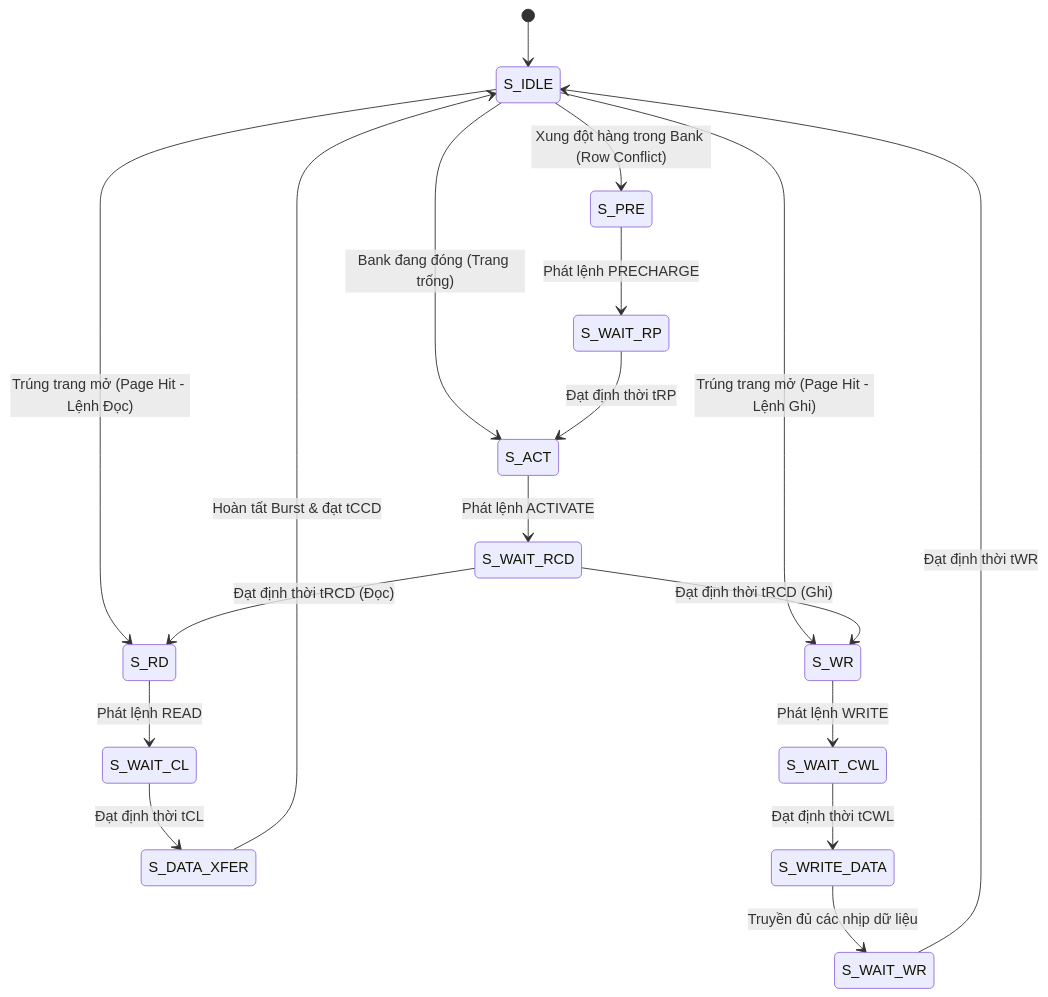
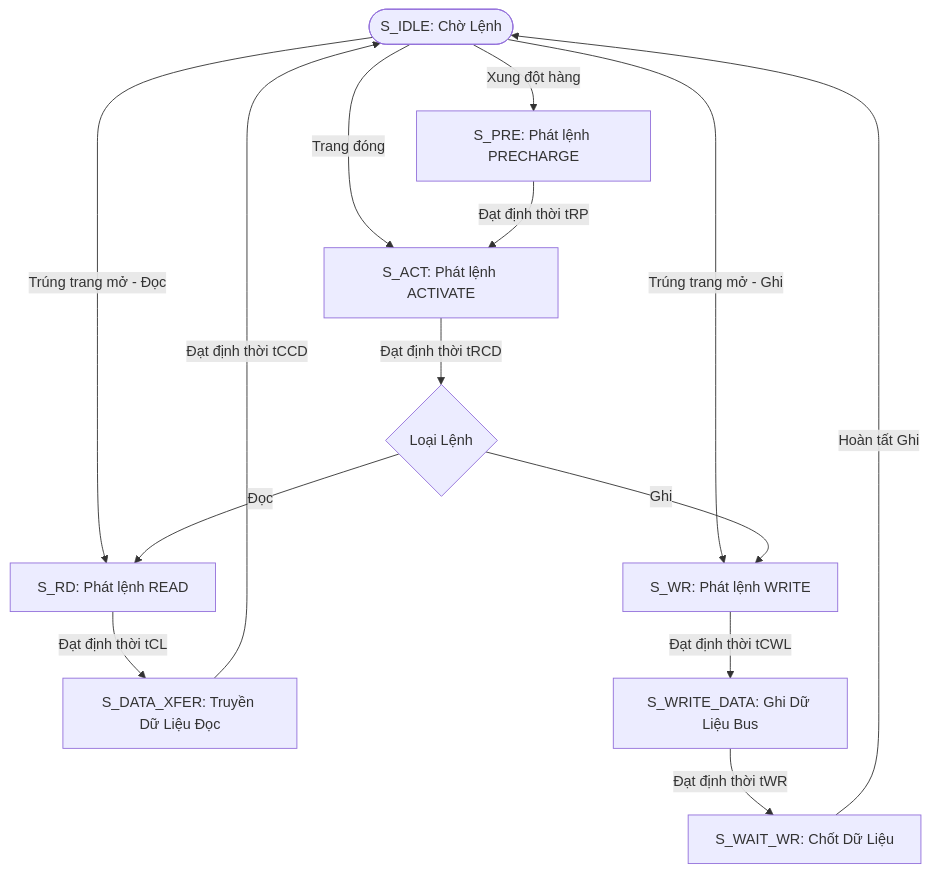
Before and after one commit to quachtuanthanh80-arch/DRAM: the second of 2 diagrams in README.md, drawn with Mermaid. The commit also changed other lines of this file, not shown here.

Commit message:
docs(readme): fix badge formatting, sanitize mermaid diagrams, and decouple SOTA matrices

````diff
--- a/README.md
+++ b/README.md
@@ -96,24 +106,22 @@
 ```mermaid
-stateDiagram-v2
-    [*] --> S_IDLE
-    S_IDLE --> S_PRE : Xung đột hàng trong Bank (Row Conflict)
-    S_IDLE --> S_ACT : Bank đang đóng (Trang trống)
-    S_IDLE --> S_RD : Trúng trang mở (Page Hit - Lệnh Đọc)
-    S_IDLE --> S_WR : Trúng trang mở (Page Hit - Lệnh Ghi)
+flowchart TD
+    IDLE([S_IDLE: Chờ Lệnh])
 
-    S_PRE --> S_WAIT_RP : Phát lệnh PRECHARGE
-    S_WAIT_RP --> S_ACT : Đạt định thời tRP
+    IDLE -->|Xung đột hàng| PRE[S_PRE: Phát lệnh PRECHARGE]
+    IDLE -->|Trang đóng| ACT[S_ACT: Phát lệnh ACTIVATE]
+    IDLE -->|Trúng trang mở - Đọc| RD[S_RD: Phát lệnh READ]
+    IDLE -->|Trúng trang mở - Ghi| WR[S_WR: Phát lệnh WRITE]
+
+    PRE -->|Đạt định thời tRP| ACT
     
-    S_ACT --> S_WAIT_RCD : Phát lệnh ACTIVATE
-    S_WAIT_RCD --> S_RD : Đạt định thời tRCD (Đọc)
-    S_WAIT_RCD --> S_WR : Đạt định thời tRCD (Ghi)
+    ACT -->|Đạt định thời tRCD| WAIT_RCD{Loại Lệnh}
+    WAIT_RCD -->|Đọc| RD
+    WAIT_RCD -->|Ghi| WR
 
-    S_RD --> S_WAIT_CL : Phát lệnh READ
-    S_WAIT_CL --> S_DATA_XFER : Đạt định thời tCL
-    S_DATA_XFER --> S_IDLE : Hoàn tất Burst & đạt tCCD
+    RD -->|Đạt định thời tCL| DATA_XFER[S_DATA_XFER: Truyền Dữ Liệu Đọc]
+    DATA_XFER -->|Đạt định thời tCCD| IDLE
 
-    S_WR --> S_WAIT_CWL : Phát lệnh WRITE
-    S_WAIT_CWL --> S_WRITE_DATA : Đạt định thời tCWL
-    S_WRITE_DATA --> S_WAIT_WR : Truyền đủ các nhịp dữ liệu
-    S_WAIT_WR --> S_IDLE : Đạt định thời tWR
+    WR -->|Đạt định thời tCWL| WRITE_DATA[S_WRITE_DATA: Ghi Dữ Liệu Bus]
+    WRITE_DATA -->|Đạt định thời tWR| WAIT_WR[S_WAIT_WR: Chốt Dữ Liệu]
+    WAIT_WR -->|Hoàn tất Ghi| IDLE
 ```
````
